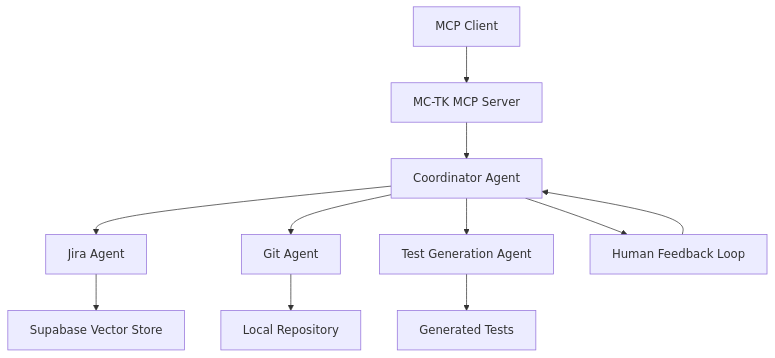
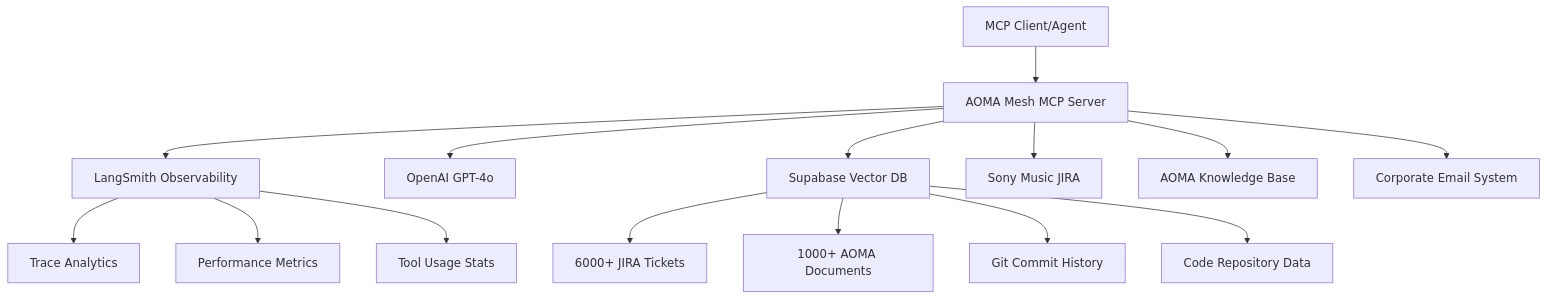
One commit to mattcarp/aoma-mesh-mcp changed the diagram in README.md. Above: the diagram before and after it, drawn with Mermaid. The commit also changed other lines of this file and 1 other file, not shown here.

````diff
--- a/README.md
+++ b/README.md
@@ -168,15 +152,19 @@
 ```mermaid
 graph TD
-    A[MCP Client] --> B[MC-TK MCP Server]
-    B --> C[Coordinator Agent]
-    C --> D[Jira Agent]
-    C --> E[Git Agent]
-    C --> F[Test Generation Agent]
-    
-    D --> G[Supabase Vector Store]
-    E --> H[Local Repository]
-    F --> I[Generated Tests]
-    
-    C --> J[Human Feedback Loop]
-    J --> C
+    A[MCP Client/Agent] --> B[AOMA Mesh MCP Server]
+    B --> C[LangSmith Observability]
+    B --> D[OpenAI GPT-4o]
+    B --> E[Supabase Vector DB]
+    B --> F[Sony Music JIRA]
+    B --> G[AOMA Knowledge Base]
+    B --> H[Corporate Email System]
+
+    E --> I[6000+ JIRA Tickets]
+    E --> J[1000+ AOMA Documents]
+    E --> K[Git Commit History]
+    E --> L[Code Repository Data]
+
+    C --> M[Trace Analytics]
+    C --> N[Performance Metrics]
+    C --> O[Tool Usage Stats]
 ```
````
